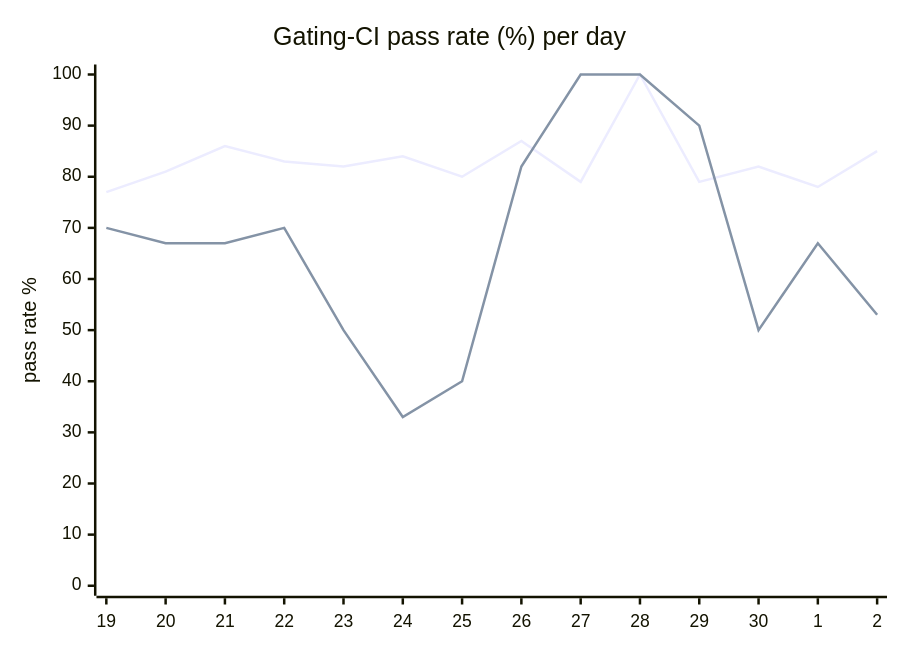
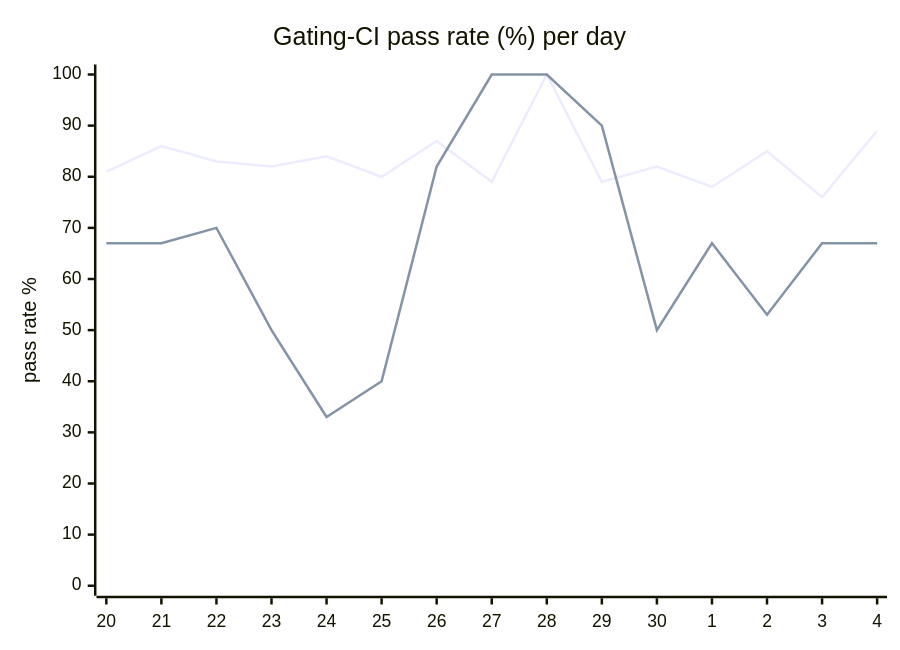
The diagram in hack/ci/ci-dashboard/staging/issue.md (hatchet-dev/hatchet), drawn with Mermaid before and after one commit. The commit also changed other lines of this file, not shown here.

````diff
--- a/hack/ci/ci-dashboard/staging/issue.md
+++ b/hack/ci/ci-dashboard/staging/issue.md
@@ -9,8 +9,8 @@
 ```mermaid
 xychart-beta
   title "Gating-CI pass rate (%) per day"
-  x-axis [19, 20, 21, 22, 23, 24, 25, 26, 27, 28, 29, 30, 1, 2]
+  x-axis [20, 21, 22, 23, 24, 25, 26, 27, 28, 29, 30, 1, 2, 3, 4]
   y-axis "pass rate %" 0 --> 100
-  line "CI" [77, 81, 86, 83, 82, 84, 80, 87, 79, 100, 79, 82, 78, 85]
-  line "main" [70, 67, 67, 70, 50, 33, 40, 82, 100, 100, 90, 50, 67, 53]
+  line "CI" [81, 86, 83, 82, 84, 80, 87, 79, 100, 79, 82, 78, 85, 76, 89]
+  line "main" [67, 67, 70, 50, 33, 40, 82, 100, 100, 90, 50, 67, 53, 67, 67]
 ```
````
